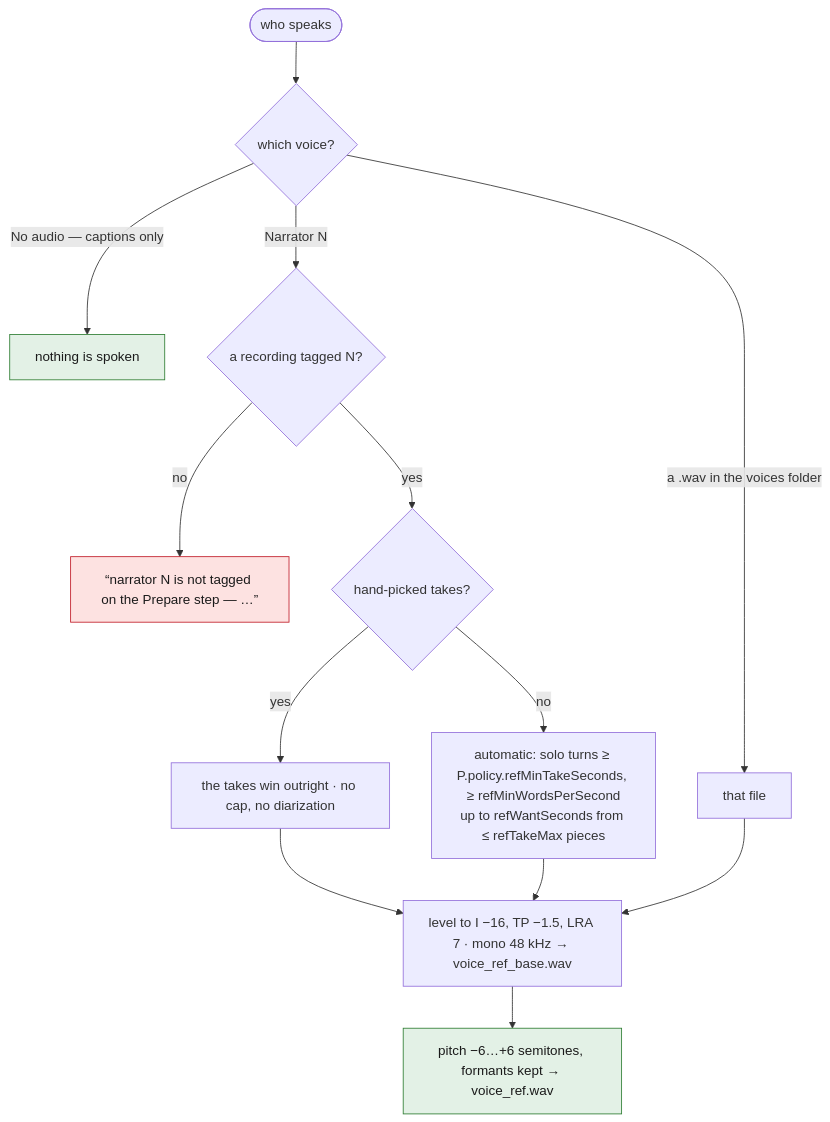
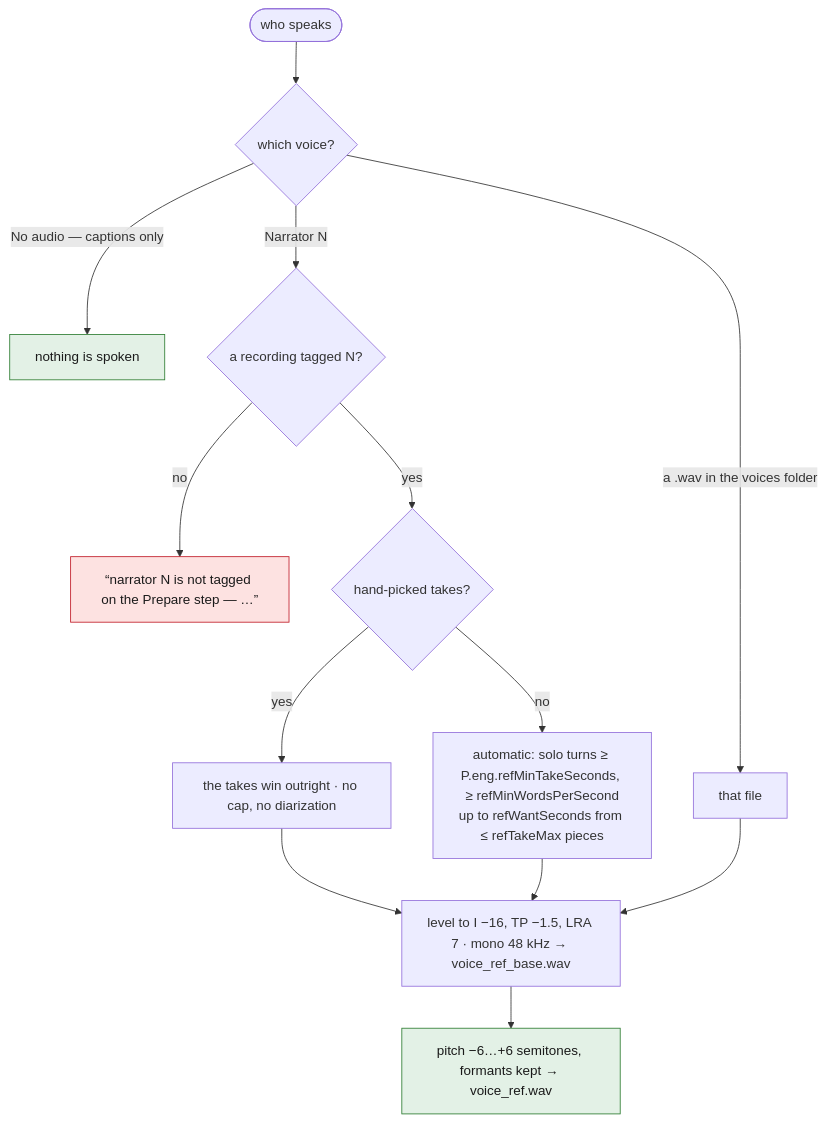
The sixth of 8 diagrams in spec/07-narrate.md (tbocek/naivepost), drawn with Mermaid before and after one commit. The commit also changed other lines of this file and 16 other files, not shown here.

````diff
--- a/spec/07-narrate.md
+++ b/spec/07-narrate.md
@@ -161,18 +161,18 @@
 ```mermaid
 flowchart TD
   W(["who speaks"]) --> K{"which voice?"}
   K -- "No audio — captions only" --> C["nothing is spoken"]:::done
   K -- "Narrator N" --> T{"a recording tagged N?"}
   T -- no --> R1["“narrator N is not tagged on the Prepare step — …”"]:::refuse
   T -- yes --> TK{"hand-picked takes?"}
   TK -- yes --> HP["the takes win outright · no cap, no diarization"]
-  TK -- no --> AU["automatic: solo turns ≥ P.policy.refMinTakeSeconds, ≥ refMinWordsPerSecond<br/>up to refWantSeconds from ≤ refTakeMax pieces"]
+  TK -- no --> AU["automatic: solo turns ≥ P.eng.refMinTakeSeconds, ≥ refMinWordsPerSecond<br/>up to refWantSeconds from ≤ refTakeMax pieces"]
   K -- "a .wav in the voices folder" --> VF["that file"]
   HP --> LV
   AU --> LV
   VF --> LV["level to I −16, TP −1.5, LRA 7 · mono 48 kHz → voice_ref_base.wav"]
   LV --> PS["pitch −6…+6 semitones, formants kept → voice_ref.wav"]:::done
   classDef refuse fill:#fde2e1,stroke:#c01c28,color:#1a1a1a
   classDef done fill:#e3f1e6,stroke:#2e7d32,color:#1a1a1a
   classDef ask fill:#e8eefc,stroke:#3a63c8,color:#1a1a1a
 ```
````
